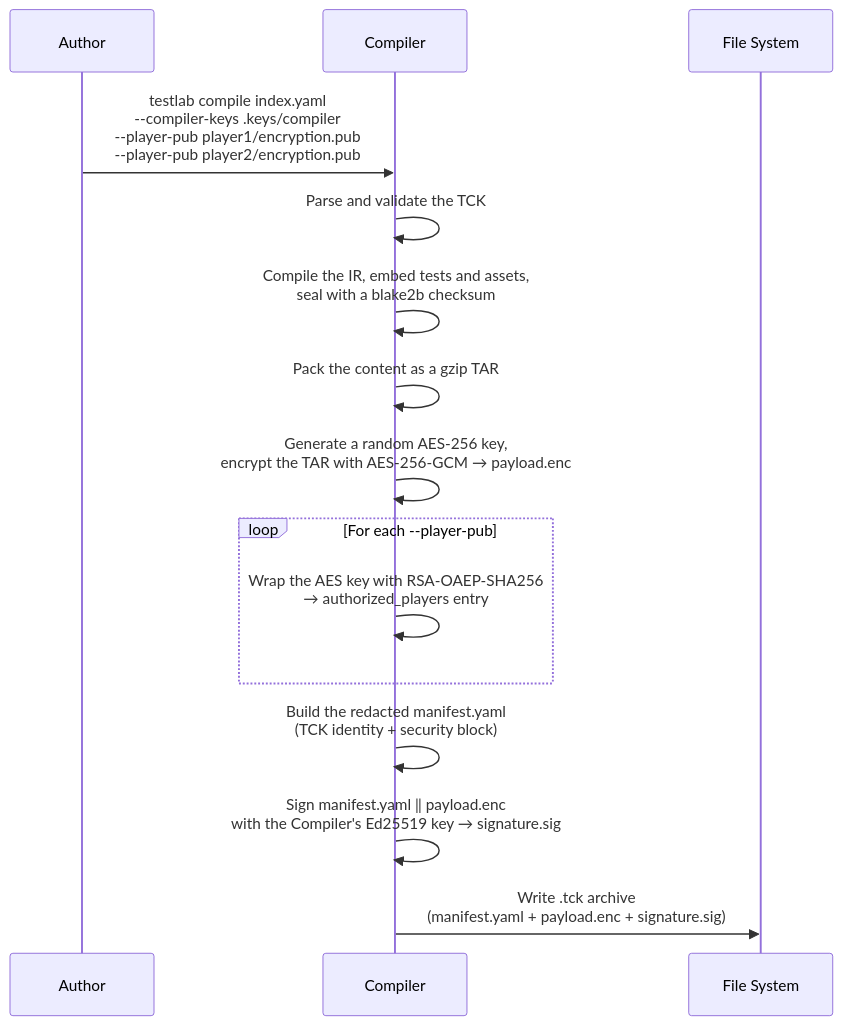
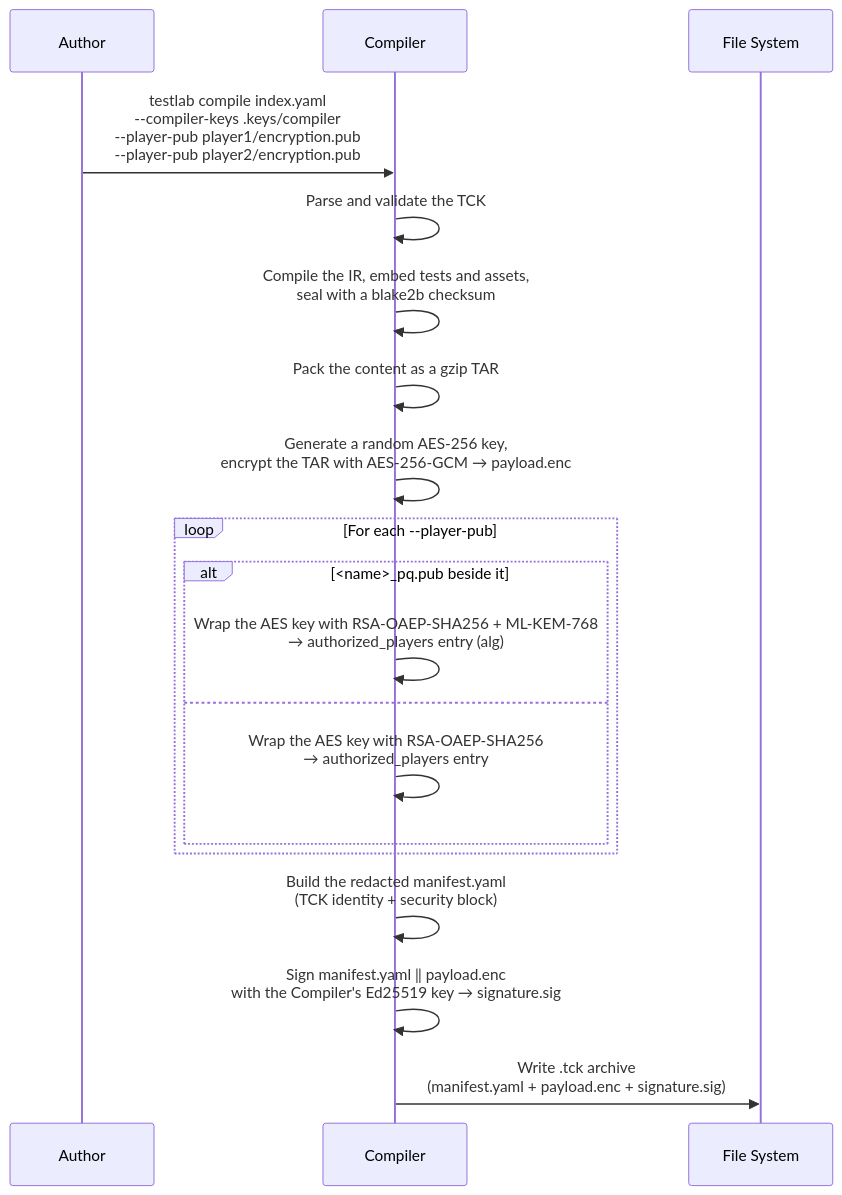
Before and after one commit to eclipse-tractusx/tractusx-testlab: the first of 2 diagrams in docs/specification/specification/security.md, drawn with Mermaid. The commit also changed other lines of this file and 32 other files, not shown here.

````diff
--- a/docs/specification/specification/security.md
+++ b/docs/specification/specification/security.md
@@ -77,21 +80,25 @@
 ```mermaid
 sequenceDiagram
     participant A as Author
     participant C as Compiler
     participant FS as File System
 
     A->>C: testlab compile index.yaml<br/>--compiler-keys .keys/compiler<br/>--player-pub player1/encryption.pub<br/>--player-pub player2/encryption.pub
 
     C->>C: Parse and validate the TCK
     C->>C: Compile the IR, embed tests and assets,<br/>seal with a blake2b checksum
     C->>C: Pack the content as a gzip TAR
     C->>C: Generate a random AES-256 key,<br/>encrypt the TAR with AES-256-GCM → payload.enc
 
     loop For each --player-pub
-        C->>C: Wrap the AES key with RSA-OAEP-SHA256<br/>→ authorized_players entry
+        alt <name>_pq.pub beside it
+            C->>C: Wrap the AES key with RSA-OAEP-SHA256 + ML-KEM-768<br/>→ authorized_players entry (alg)
+        else
+            C->>C: Wrap the AES key with RSA-OAEP-SHA256<br/>→ authorized_players entry
+        end
     end
 
     C->>C: Build the redacted manifest.yaml<br/>(TCK identity + security block)
     C->>C: Sign manifest.yaml ‖ payload.enc<br/>with the Compiler's Ed25519 key → signature.sig
     C->>FS: Write .tck archive<br/>(manifest.yaml + payload.enc + signature.sig)
 ```
````
